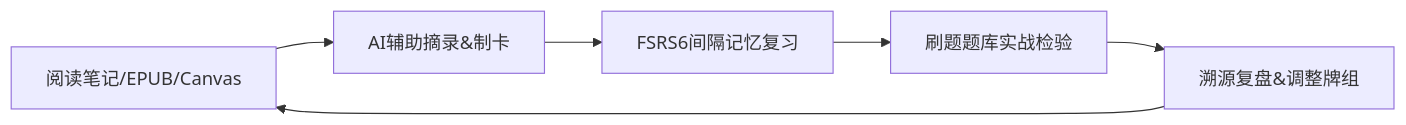
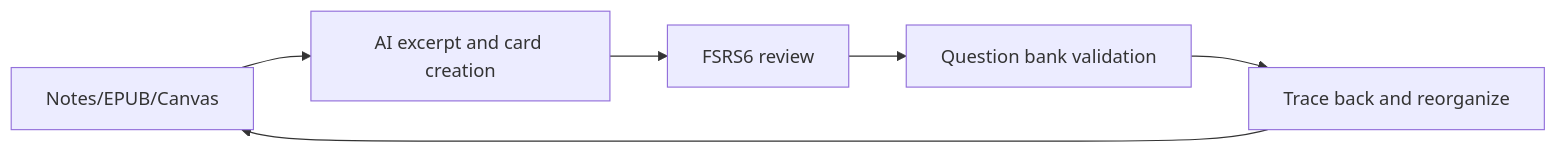
The diagram in README.md (zhuzhige123/obsidian---Tuanki), drawn with Mermaid before and after one commit. The commit also changed other lines of this file and 1 other file, not shown here.

````diff
--- a/README.md
+++ b/README.md
@@ -79,8 +75,8 @@
 ```mermaid
 flowchart LR
-  A[阅读笔记/EPUB/Canvas] --> B[AI辅助摘录&制卡]
-  B --> C[FSRS6间隔记忆复习]
-  C --> D[刷题题库实战检验]
-  D --> E[溯源复盘&调整牌组]
+  A[Notes/EPUB/Canvas] --> B[AI excerpt and card creation]
+  B --> C[FSRS6 review]
+  C --> D[Question bank validation]
+  D --> E[Trace back and reorganize]
   E --> A
 ```
````
